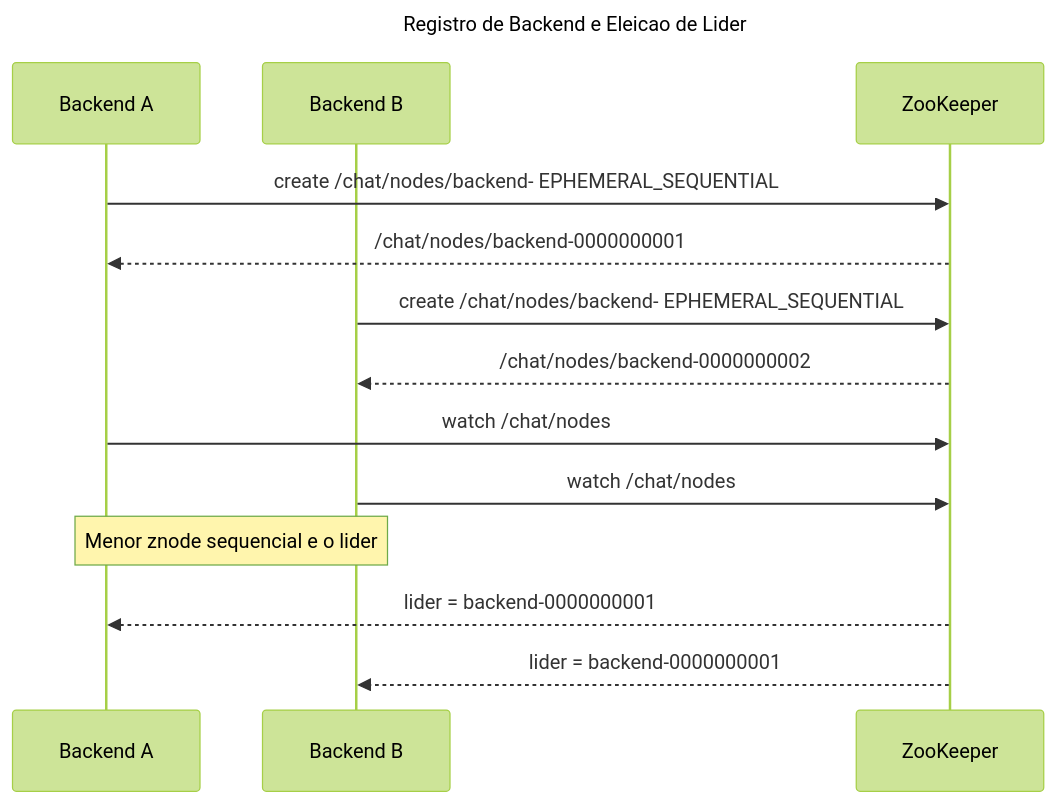
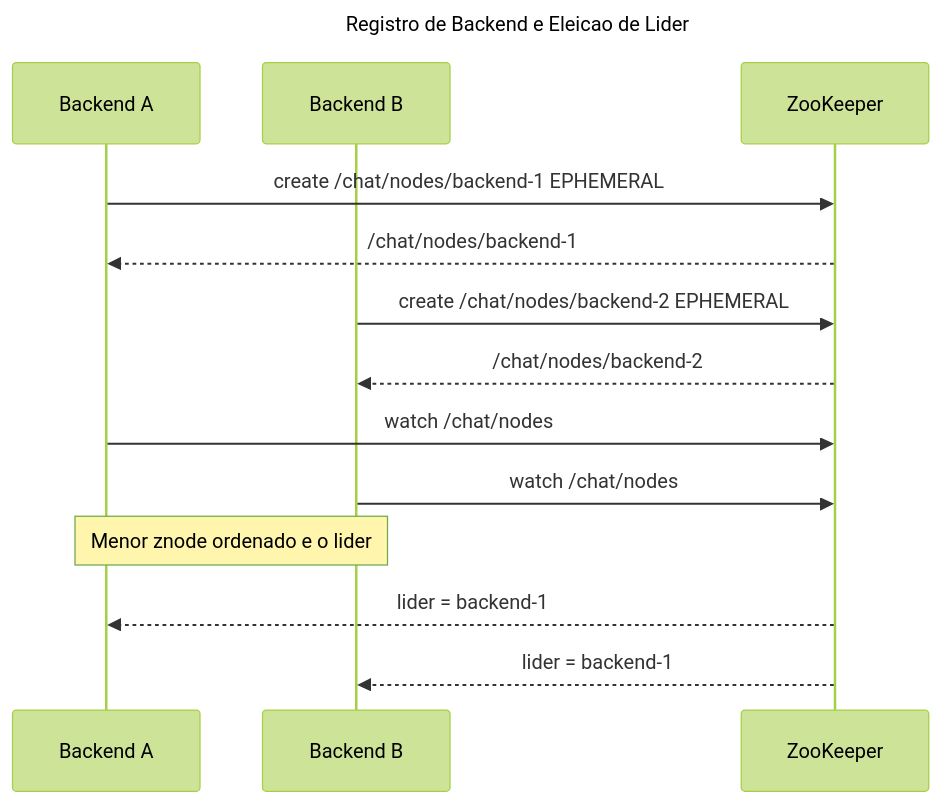
The fourth of 10 diagrams in docs/diagrams.md (jvmr1/chat-distribuido), drawn with Mermaid (forest theme) before and after one commit. The commit also changed other lines of this file and 6 other files, not shown here.

````diff
--- a/docs/diagrams.md
+++ b/docs/diagrams.md
@@ -114,21 +111,21 @@
 ```mermaid
 ---
 title: Registro de Backend e Eleicao de Lider
 ---
 sequenceDiagram
   participant B1 as Backend A
   participant B2 as Backend B
   participant ZK as ZooKeeper
 
-  B1->>ZK: create /chat/nodes/backend- EPHEMERAL_SEQUENTIAL
-  ZK-->>B1: /chat/nodes/backend-0000000001
-  B2->>ZK: create /chat/nodes/backend- EPHEMERAL_SEQUENTIAL
-  ZK-->>B2: /chat/nodes/backend-0000000002
+  B1->>ZK: create /chat/nodes/backend-1 EPHEMERAL
+  ZK-->>B1: /chat/nodes/backend-1
+  B2->>ZK: create /chat/nodes/backend-2 EPHEMERAL
+  ZK-->>B2: /chat/nodes/backend-2
 
   B1->>ZK: watch /chat/nodes
   B2->>ZK: watch /chat/nodes
 
-  Note over B1,B2: Menor znode sequencial e o lider
-  ZK-->>B1: lider = backend-0000000001
-  ZK-->>B2: lider = backend-0000000001
+  Note over B1,B2: Menor znode ordenado e o lider
+  ZK-->>B1: lider = backend-1
+  ZK-->>B2: lider = backend-1
 ```
````
